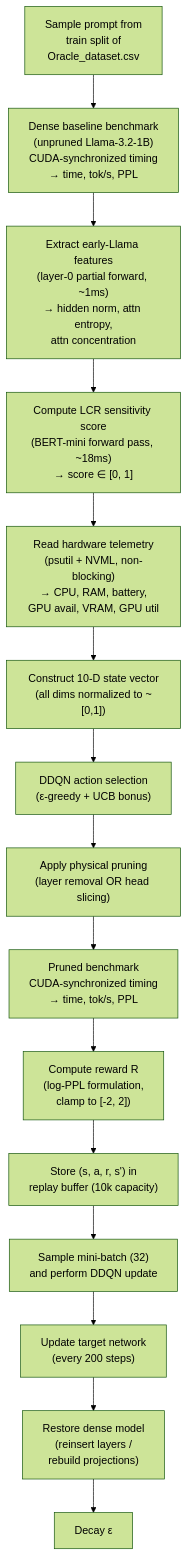
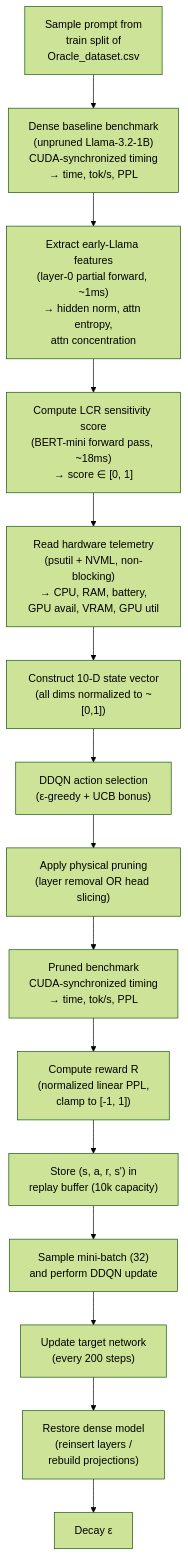
The seventh of 15 diagrams in README.md (asief-iqbal/Thesis), drawn with Mermaid (forest theme) before and after one commit. The commit also changed other lines of this file and 37 other files, not shown here.

Commit message:
Replace log-PPL reward with normalized linear PPL ratio [-1,1], fix LaTeX rendering, simplify importance scoring explanation

````diff
--- a/README.md
+++ b/README.md
@@ -463,17 +463,17 @@
 ```mermaid
 flowchart TD
     A["Sample prompt from<br/>train split of<br/>Oracle_dataset.csv"] --> B["Dense baseline benchmark<br/>(unpruned Llama-3.2-1B)<br/>CUDA-synchronized timing<br/>→ time, tok/s, PPL"]
     B --> C["Extract early-Llama features<br/>(layer-0 partial forward, ~1ms)<br/>→ hidden norm, attn entropy,<br/>attn concentration"]
     C --> D["Compute LCR sensitivity score<br/>(BERT-mini forward pass, ~18ms)<br/>→ score ∈ [0, 1]"]
     D --> E["Read hardware telemetry<br/>(psutil + NVML, non-blocking)<br/>→ CPU, RAM, battery,<br/>GPU avail, VRAM, GPU util"]
     E --> F["Construct 10-D state vector<br/>(all dims normalized to ~[0,1])"]
     F --> G["DDQN action selection<br/>(ε-greedy + UCB bonus)"]
     G --> H["Apply physical pruning<br/>(layer removal OR head slicing)"]
     H --> I["Pruned benchmark<br/>CUDA-synchronized timing<br/>→ time, tok/s, PPL"]
-    I --> J["Compute reward R<br/>(log-PPL formulation,<br/>clamp to [-2, 2])"]
+    I --> J["Compute reward R<br/>(normalized linear PPL,<br/>clamp to [-1, 1])"]
     J --> K["Store (s, a, r, s') in<br/>replay buffer (10k capacity)"]
     K --> L["Sample mini-batch (32)<br/>and perform DDQN update"]
     L --> M["Update target network<br/>(every 200 steps)"]
     M --> N["Restore dense model<br/>(reinsert layers /<br/>rebuild projections)"]
     N --> O["Decay ε"]
 ```
````
